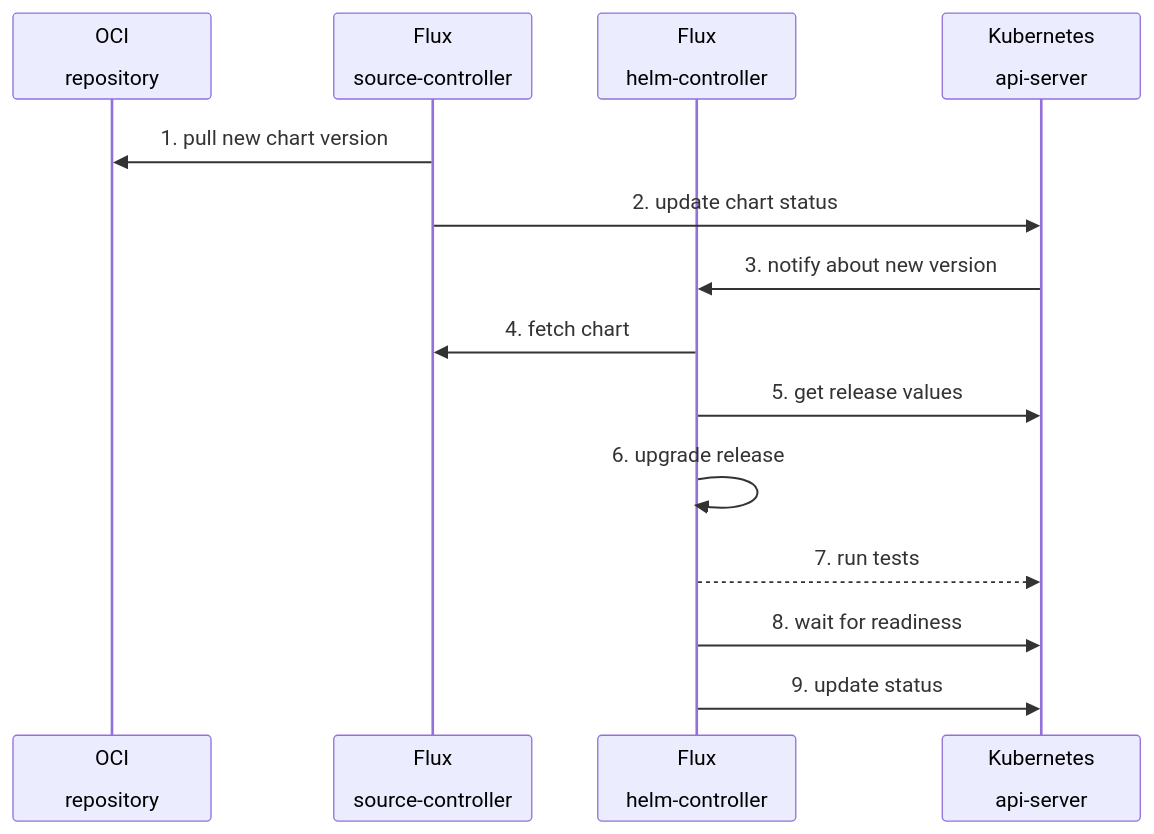
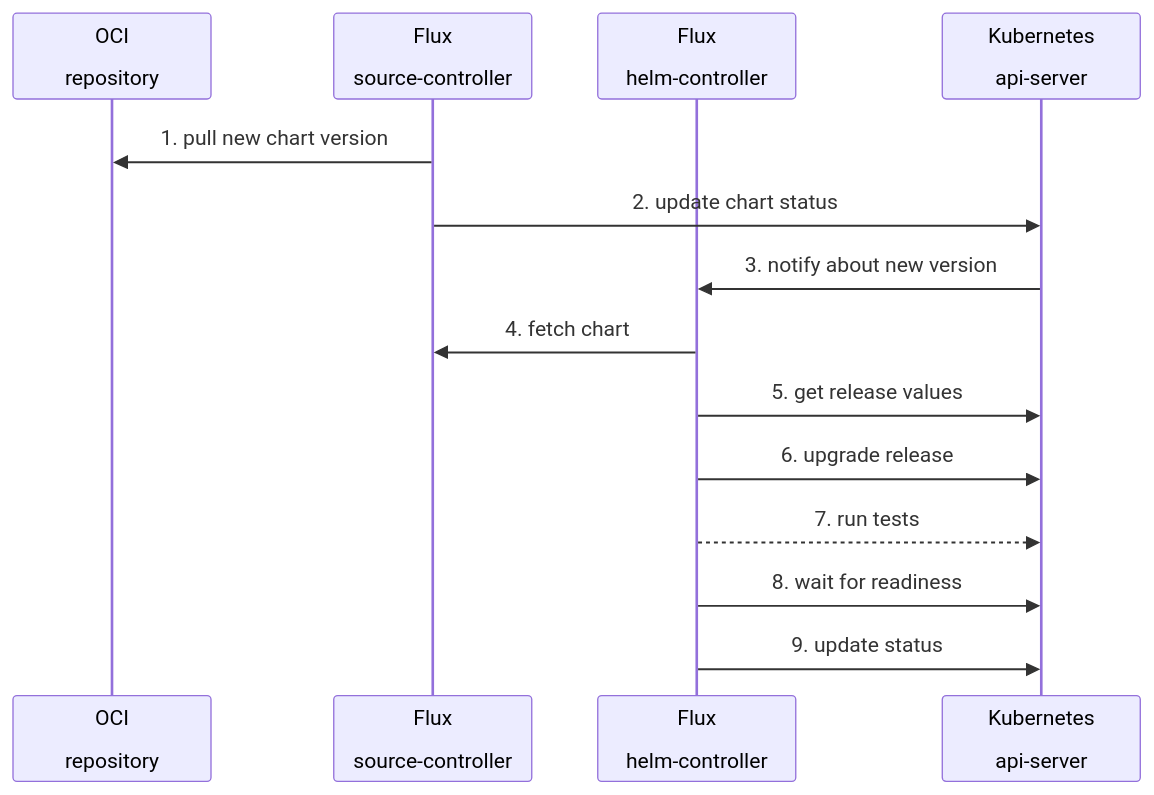
The third of 3 diagrams in README.md (controlplaneio-fluxcd/d1-infra), drawn with Mermaid before and after one commit. The commit also changed other lines of this file and 2 other files, not shown here.

````diff
--- a/README.md
+++ b/README.md
@@ -101,16 +106,16 @@
 ```mermaid
 sequenceDiagram
     participant git as OCI<br><br>repository
     participant sc as Flux<br><br>source-controller
     participant hc as Flux<br><br>helm-controller
     participant kube as Kubernetes<br><br>api-server
     sc->>git: 1. pull new chart version
     sc->>kube: 2. update chart status
     kube->>hc: 3. notify about new version
     hc->>sc: 4. fetch chart
     hc->>kube: 5. get release values
-    hc->>hc: 6. upgrade release
+    hc->>kube: 6. upgrade release
     hc-->>kube: 7. run tests
     hc->>kube: 8. wait for readiness
     hc->>kube: 9. update status
 ```
````
